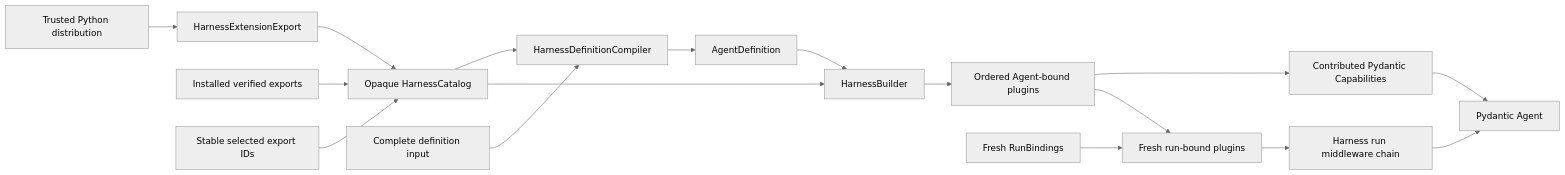
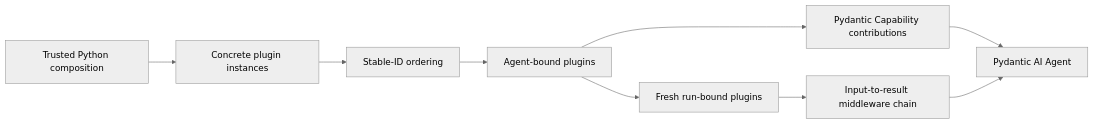
One commit to LTThreeComma/agent-foundation changed the diagram in spec/agent-harness/05-plugin-system.md. Above: the diagram before and after it, drawn with Mermaid (neutral theme). The commit also changed other lines of this file and 31 other files, not shown here.

````diff
--- a/spec/agent-harness/05-plugin-system.md
+++ b/spec/agent-harness/05-plugin-system.md
@@ -7,19 +11,11 @@
 ```mermaid
 flowchart LR
-    Package[Trusted Python distribution] --> Export[HarnessExtensionExport]
-    Installed[Installed verified exports] --> Catalog[Opaque HarnessCatalog]
-    Select[Stable selected export IDs] --> Catalog
-    Export --> Catalog
-    Catalog --> Compiler[HarnessDefinitionCompiler]
-    Definition[Complete definition input] --> Compiler
-    Compiler --> Compiled[AgentDefinition]
-    Compiled --> Build[HarnessBuilder]
-    Catalog --> Build
-    Build --> Plugins[Ordered Agent-bound plugins]
-    Plugins --> Caps[Contributed Pydantic Capabilities]
-    Caps --> Agent[Pydantic Agent]
-    Bindings[Fresh RunBindings] --> Bind[Fresh run-bound plugins]
-    Plugins --> Bind
-    Bind --> Chain[Harness run middleware chain]
+    Host[Trusted Python composition] --> Plugins[Concrete plugin instances]
+    Plugins --> Order[Stable-ID ordering]
+    Order --> AgentBind[Agent-bound plugins]
+    AgentBind --> Caps[Pydantic Capability contributions]
+    AgentBind --> RunBind[Fresh run-bound plugins]
+    RunBind --> Chain[Input-to-result middleware chain]
+    Caps --> Agent[Pydantic AI Agent]
     Chain --> Agent
 ```
````
